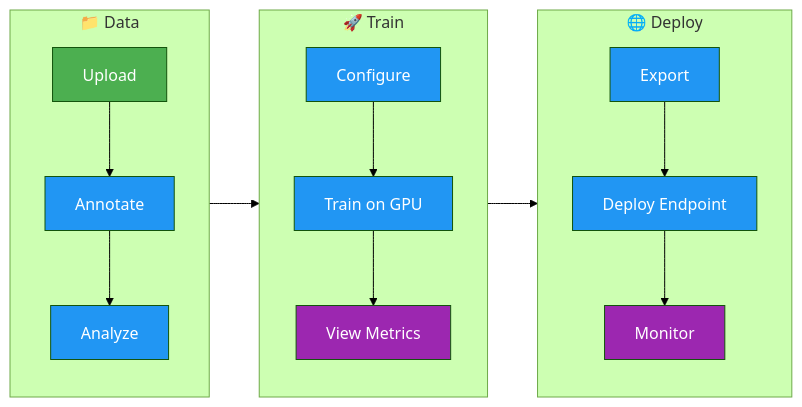
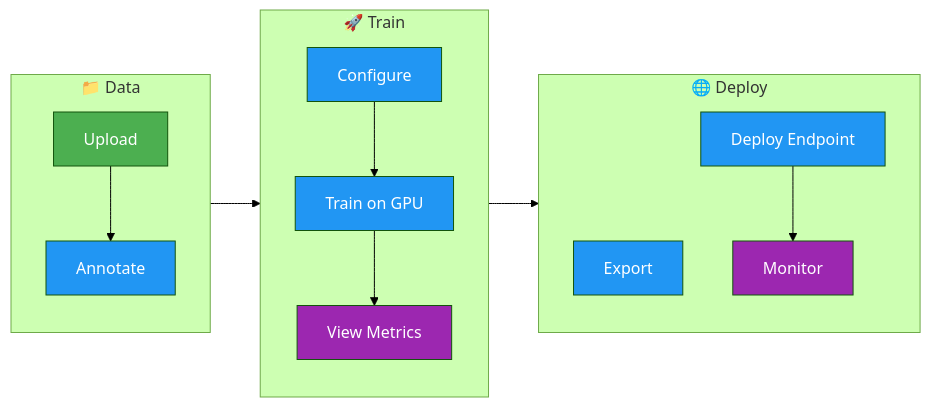
Before and after one commit to ultralytics/ultralytics: the first of 3 diagrams in docs/en/platform/index.md, drawn with Mermaid (forest theme). The commit also changed other lines of this file and 6 other files, not shown here.

Commit message:
align platform workflow diagrams with the product

````diff
--- a/docs/en/platform/index.md
+++ b/docs/en/platform/index.md
@@ -22,20 +22,19 @@
 ```mermaid
 graph LR
     subgraph Data["📁 Data"]
         A[Upload]:::start --> B[Annotate]:::proc
-        B --> C[Analyze]:::proc
     end
     subgraph Train["🚀 Train"]
         D[Configure]:::proc --> E[Train on GPU]:::proc
         E --> F[View Metrics]:::out
     end
     subgraph Deploy["🌐 Deploy"]
-        G[Export]:::proc --> H[Deploy Endpoint]:::proc
-        H --> I[Monitor]:::out
+        G[Export]:::proc
+        H[Deploy Endpoint]:::proc --> I[Monitor]:::out
     end
     Data --> Train --> Deploy
 
     classDef start fill:#4CAF50,color:#fff
     classDef proc fill:#2196F3,color:#fff
     classDef out fill:#9C27B0,color:#fff
 ```
````
